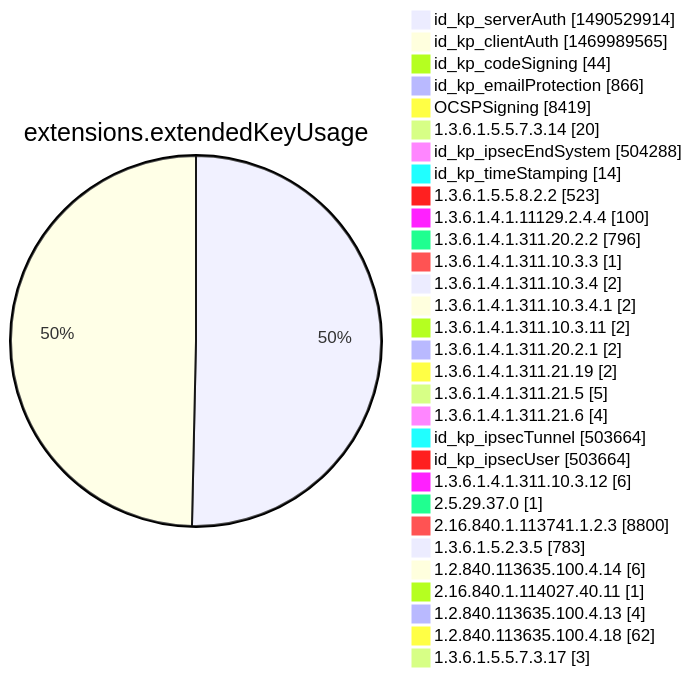
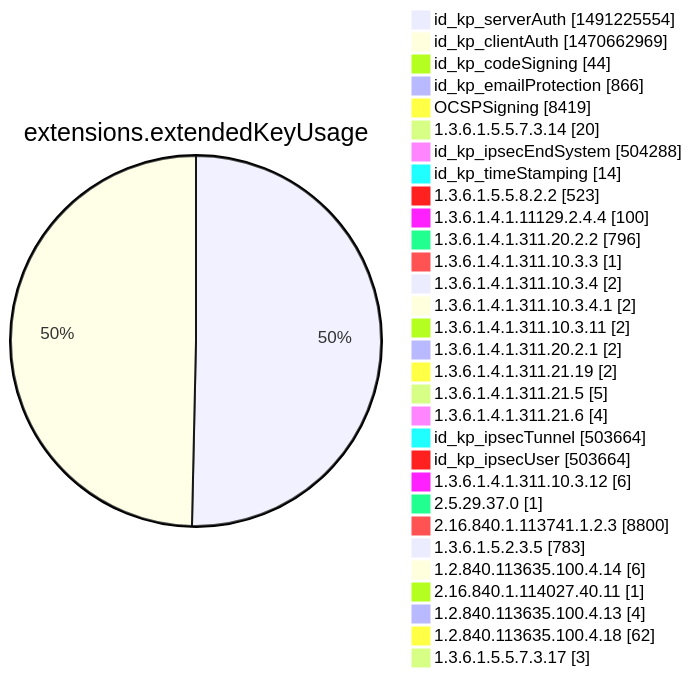
Diagram 12 of 15 in argon2022/README.md (christiankrug/ctmonitor_visualization), drawn with Mermaid before and after one commit. The commit also changed other lines of this file, not shown here.

````diff
--- a/argon2022/README.md
+++ b/argon2022/README.md
@@ -3555,34 +3555,34 @@
 ```mermaid
 pie showData
 title extensions.extendedKeyUsage
-"id_kp_serverAuth" :1490529914
-"id_kp_clientAuth" :1469989565
+"id_kp_serverAuth" :1491225554
+"id_kp_clientAuth" :1470662969
 "id_kp_codeSigning" :44
 "id_kp_emailProtection" :866
 "OCSPSigning" :8419
 "1.3.6.1.5.5.7.3.14" :20
 "id_kp_ipsecEndSystem" :504288
 "id_kp_timeStamping" :14
 "1.3.6.1.5.5.8.2.2" :523
 "1.3.6.1.4.1.11129.2.4.4" :100
 "1.3.6.1.4.1.311.20.2.2" :796
 "1.3.6.1.4.1.311.10.3.3" :1
 "1.3.6.1.4.1.311.10.3.4" :2
 "1.3.6.1.4.1.311.10.3.4.1" :2
 "1.3.6.1.4.1.311.10.3.11" :2
 "1.3.6.1.4.1.311.20.2.1" :2
 "1.3.6.1.4.1.311.21.19" :2
 "1.3.6.1.4.1.311.21.5" :5
 "1.3.6.1.4.1.311.21.6" :4
 "id_kp_ipsecTunnel" :503664
 "id_kp_ipsecUser" :503664
 "1.3.6.1.4.1.311.10.3.12" :6
 "2.5.29.37.0" :1
 "2.16.840.1.113741.1.2.3" :8800
 "1.3.6.1.5.2.3.5" :783
 "1.2.840.113635.100.4.14" :6
 "2.16.840.1.114027.40.11" :1
 "1.2.840.113635.100.4.13" :4
 "1.2.840.113635.100.4.18" :62
 "1.3.6.1.5.5.7.3.17" :3
 ```
````
